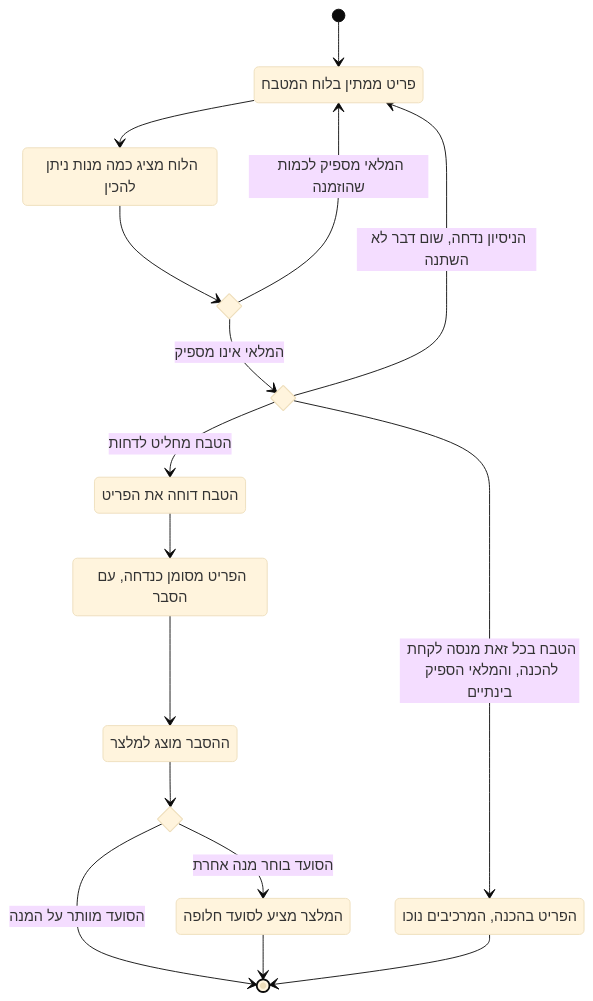
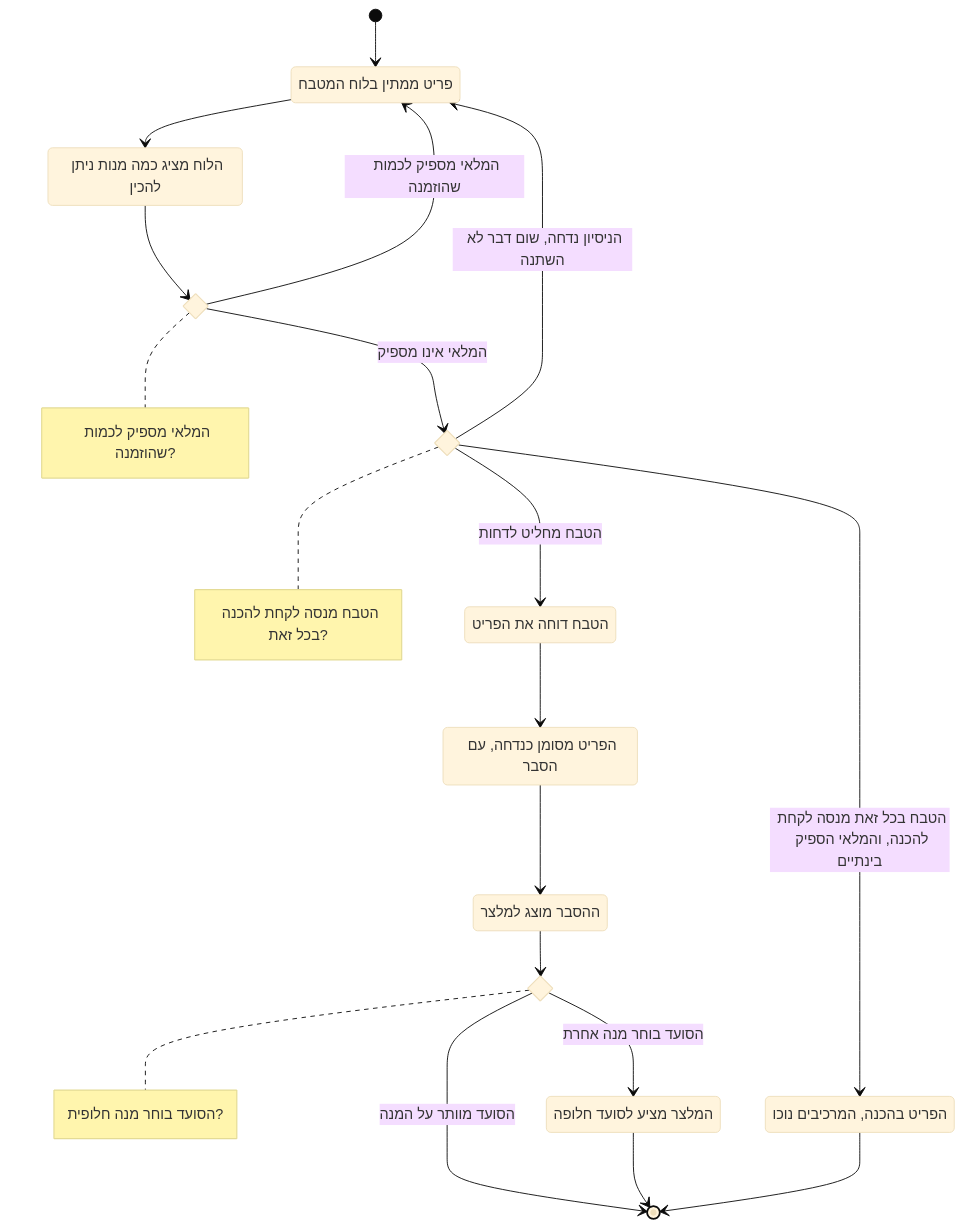
One commit to RonZaretsky/Restaurant-Kitchen-Management-System changed the diagram in מסמכים/הגשה/diagrams/activity-reject-item.md. Above: the diagram before and after it, drawn with Mermaid (base theme). The commit also changed 6 other files, not shown here.

First line of the commit message:
Add a question note to every choice diamond in the Activity diagrams

````diff
--- a/מסמכים/הגשה/diagrams/activity-reject-item.md
+++ b/מסמכים/הגשה/diagrams/activity-reject-item.md
@@ -3,32 +3,36 @@
 ```mermaid
 stateDiagram-v2
     direction TB
 
     state "פריט ממתין בלוח המטבח" as waiting
     state "הלוח מציג כמה מנות ניתן להכין" as show
     state "הטבח דוחה את הפריט" as reject
     state "הפריט מסומן כנדחה, עם הסבר" as rejected
     state "ההסבר מוצג למלצר" as notify
     state "המלצר מציע לסועד חלופה" as alternative
     state "הפריט בהכנה, המרכיבים נוכו" as preparing
 
     state enough <<choice>>
     state try_pick <<choice>>
     state decide <<choice>>
+
+    note right of enough : המלאי מספיק לכמות שהוזמנה?
+    note right of try_pick : הטבח מנסה לקחת להכנה בכל זאת?
+    note right of decide : הסועד בוחר מנה חלופית?
 
     [*] --> waiting
     waiting --> show
     show --> enough
     enough --> waiting : המלאי מספיק לכמות שהוזמנה
     enough --> try_pick : המלאי אינו מספיק
     try_pick --> preparing : הטבח בכל זאת מנסה לקחת להכנה, והמלאי הספיק בינתיים
     try_pick --> waiting : הניסיון נדחה, שום דבר לא השתנה
     try_pick --> reject : הטבח מחליט לדחות
     reject --> rejected
     rejected --> notify
     notify --> decide
     decide --> alternative : הסועד בוחר מנה אחרת
     decide --> [*] : הסועד מוותר על המנה
     alternative --> [*]
     preparing --> [*]
 ```
````
